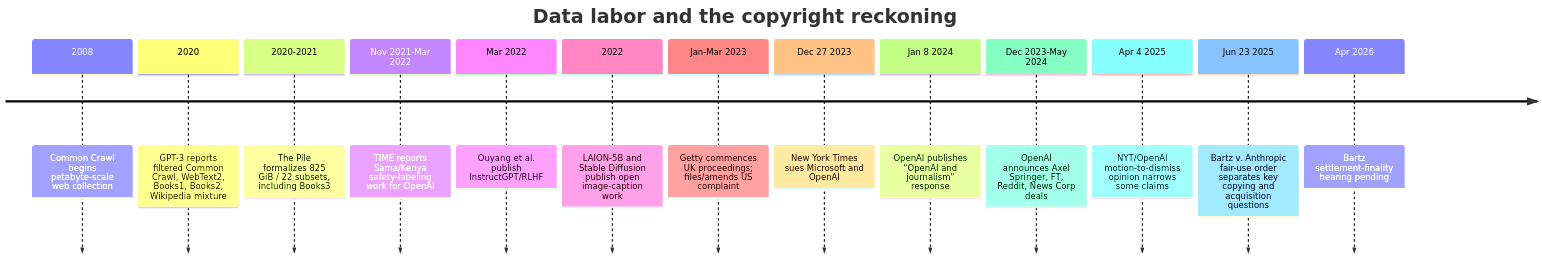
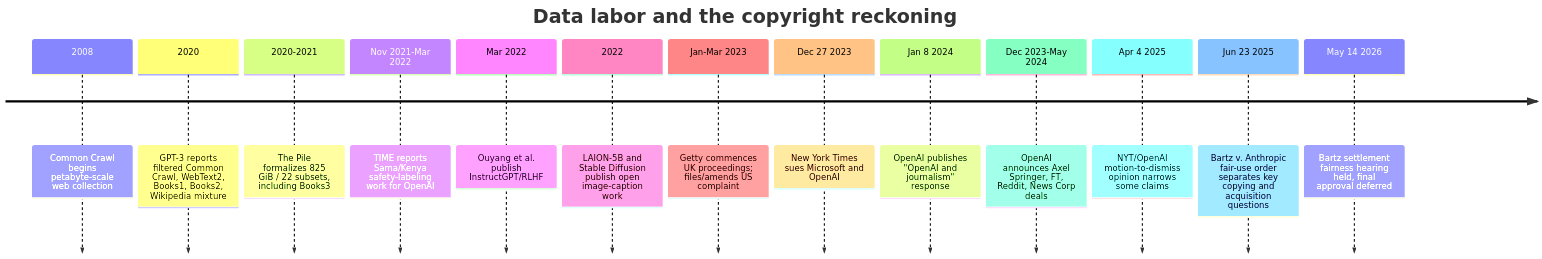
One commit to kube-dojo/kube-dojo changed the diagram in src/content/docs/ai-history/ch-68-data-labor-and-the-copyright-reckoning.md. Above: the diagram before and after it, drawn with Mermaid. The commit also changed other lines of this file and 1 other file, not shown here.

Commit message:
docs(ai-history): resolve Bartz timeline inconsistency + ch-14/17 perceptron stance (#2214)
Two real defects from the volatile-claim verify pass (both web-verified):
- ch-68: timeline said 'Apr 2026 hearing pending' while the prose (line 188) said
  'May 14 2026'. Synced the timeline to May 14 2026 and refreshed the 'as of' prose —
  web-verified the fairness hearing was held May 14 2026 and the court deferred final
  approval (book's non-finality caution confirmed correct).
- ch-14: over-hedged ('exact component counts awaiting operator-manual extraction')
  while ch-17 asserts them. Mark I counts are well-documented (400 photocells 20x20 /
  512 A-units / 8 R-units / up to 40 A-units per S-unit) → ch-14 now asserts them,
  consistent with ch-17.

Verified ACCURATE (no change): Anthropic/Amazon Apr-2026 deal, Stargate Sep-2025,
MSFT/OpenAI Apr-27-2026 amendment, Bartz Jun-23-2025 order, Deep Blue rating (hedged
estimate in range), Dartmouth grant ($7,500 confirmed).

````diff
--- a/src/content/docs/ai-history/ch-68-data-labor-and-the-copyright-reckoning.md
+++ b/src/content/docs/ai-history/ch-68-data-labor-and-the-copyright-reckoning.md
@@ -29,17 +29,17 @@
 ```mermaid
 timeline
     title Data labor and the copyright reckoning
     2008 : Common Crawl begins petabyte-scale web collection
     2020 : GPT-3 reports filtered Common Crawl, WebText2, Books1, Books2, Wikipedia mixture
     2020-2021 : The Pile formalizes 825 GiB / 22 subsets, including Books3
     Nov 2021-Mar 2022 : TIME reports Sama/Kenya safety-labeling work for OpenAI
     Mar 2022 : Ouyang et al. publish InstructGPT/RLHF
     2022 : LAION-5B and Stable Diffusion publish open image-caption work
     Jan-Mar 2023 : Getty commences UK proceedings; files/amends US complaint
     Dec 27 2023 : New York Times sues Microsoft and OpenAI
     Jan 8 2024 : OpenAI publishes "OpenAI and journalism" response
     Dec 2023-May 2024 : OpenAI announces Axel Springer, FT, Reddit, News Corp deals
     Apr 4 2025 : NYT/OpenAI motion-to-dismiss opinion narrows some claims
     Jun 23 2025 : Bartz v. Anthropic fair-use order separates key copying and acquisition questions
-    Apr 2026 : Bartz settlement-finality hearing pending
+    May 14 2026 : Bartz settlement fairness hearing held, final approval deferred
 ```
````
